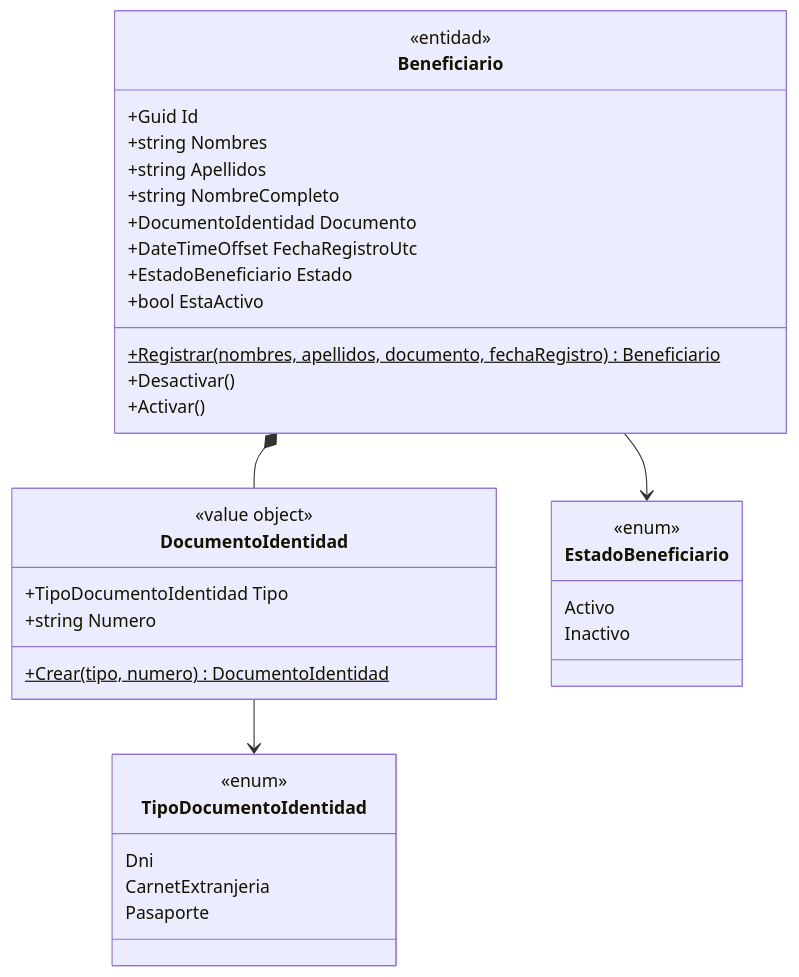
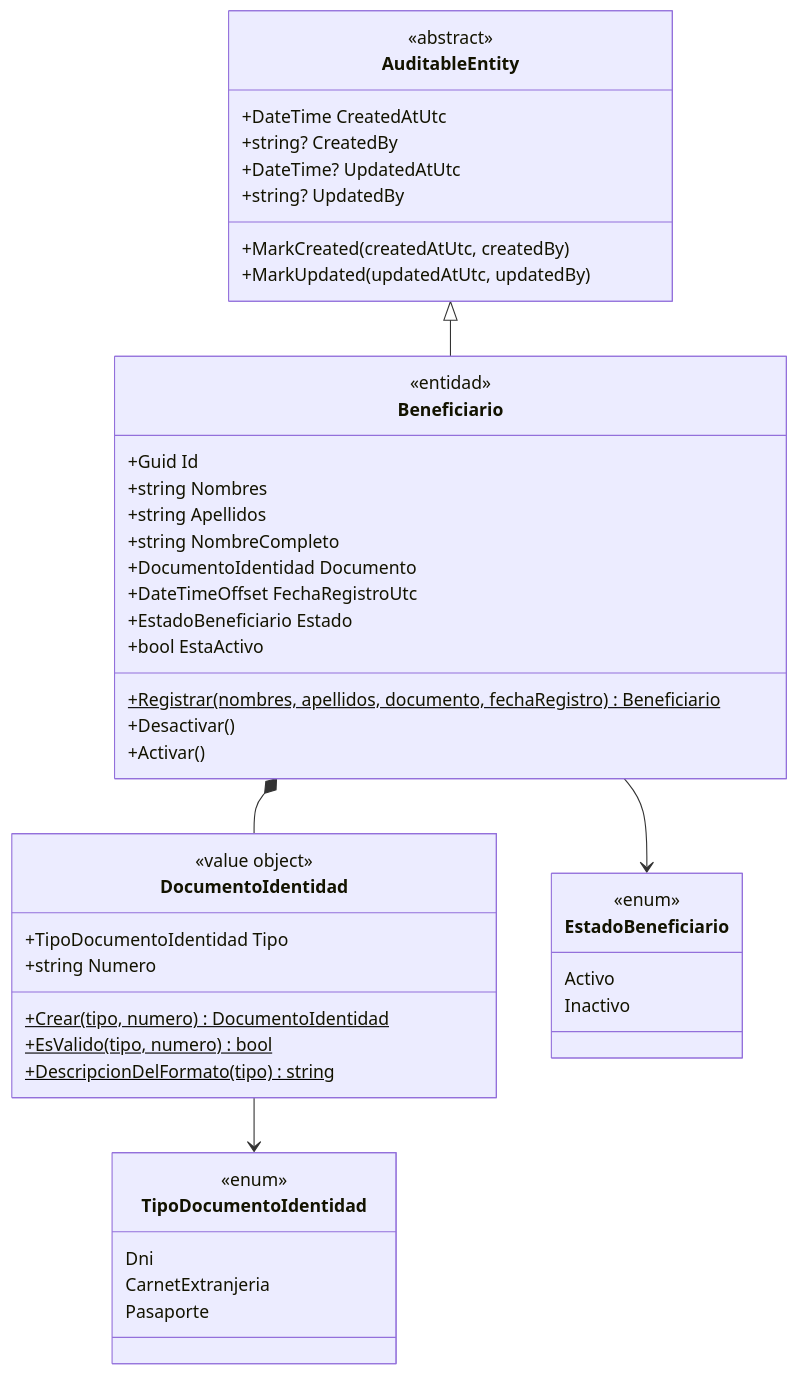
One commit to dalza1601/social-management changed the second of 4 diagrams in docs/sessions/session-02.md. Above: the diagram before and after it, drawn with Mermaid. The commit also changed other lines of this file and 131 other files, not shown here.

````diff
--- a/docs/sessions/session-02.md
+++ b/docs/sessions/session-02.md
@@ -82,37 +82,49 @@
 ```mermaid
 classDiagram
     class Beneficiario {
         <<entidad>>
         +Guid Id
         +string Nombres
         +string Apellidos
         +string NombreCompleto
         +DocumentoIdentidad Documento
         +DateTimeOffset FechaRegistroUtc
         +EstadoBeneficiario Estado
         +bool EstaActivo
         +Registrar(nombres, apellidos, documento, fechaRegistro)$ Beneficiario
         +Desactivar()
         +Activar()
     }
     class DocumentoIdentidad {
         <<value object>>
         +TipoDocumentoIdentidad Tipo
         +string Numero
         +Crear(tipo, numero)$ DocumentoIdentidad
+        +EsValido(tipo, numero)$ bool
+        +DescripcionDelFormato(tipo)$ string
     }
     class TipoDocumentoIdentidad {
         <<enum>>
         Dni
         CarnetExtranjeria
         Pasaporte
     }
     class EstadoBeneficiario {
         <<enum>>
         Activo
         Inactivo
     }
+    class AuditableEntity {
+        <<abstract>>
+        +DateTime CreatedAtUtc
+        +string? CreatedBy
+        +DateTime? UpdatedAtUtc
+        +string? UpdatedBy
+        +MarkCreated(createdAtUtc, createdBy)
+        +MarkUpdated(updatedAtUtc, updatedBy)
+    }
+    AuditableEntity <|-- Beneficiario
     Beneficiario *-- DocumentoIdentidad
     Beneficiario --> EstadoBeneficiario
     DocumentoIdentidad --> TipoDocumentoIdentidad
 ```
````
